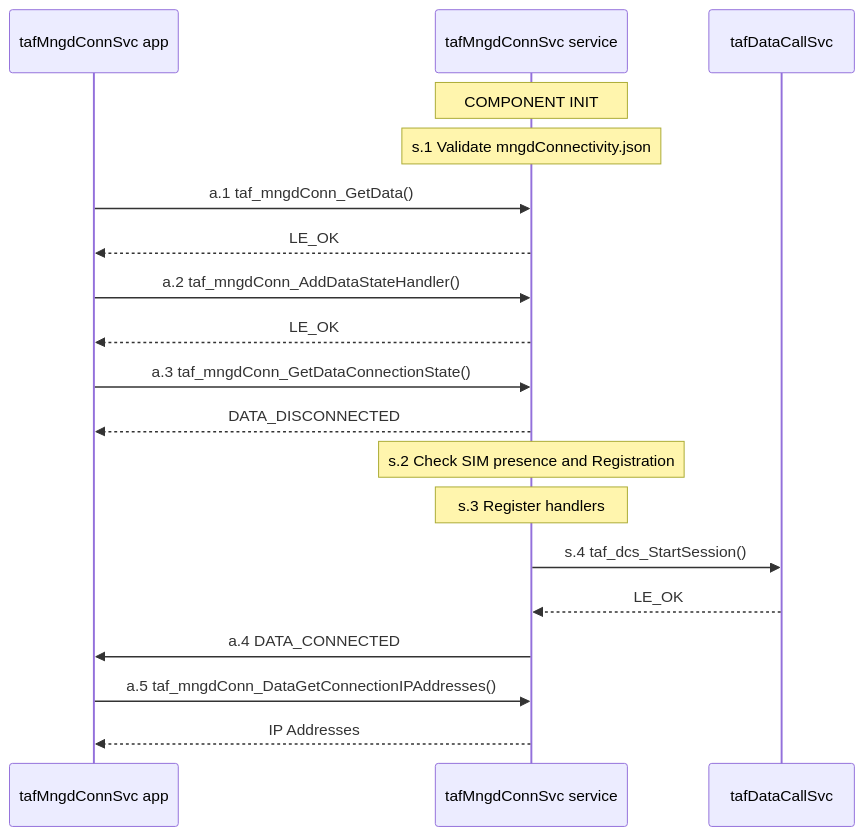
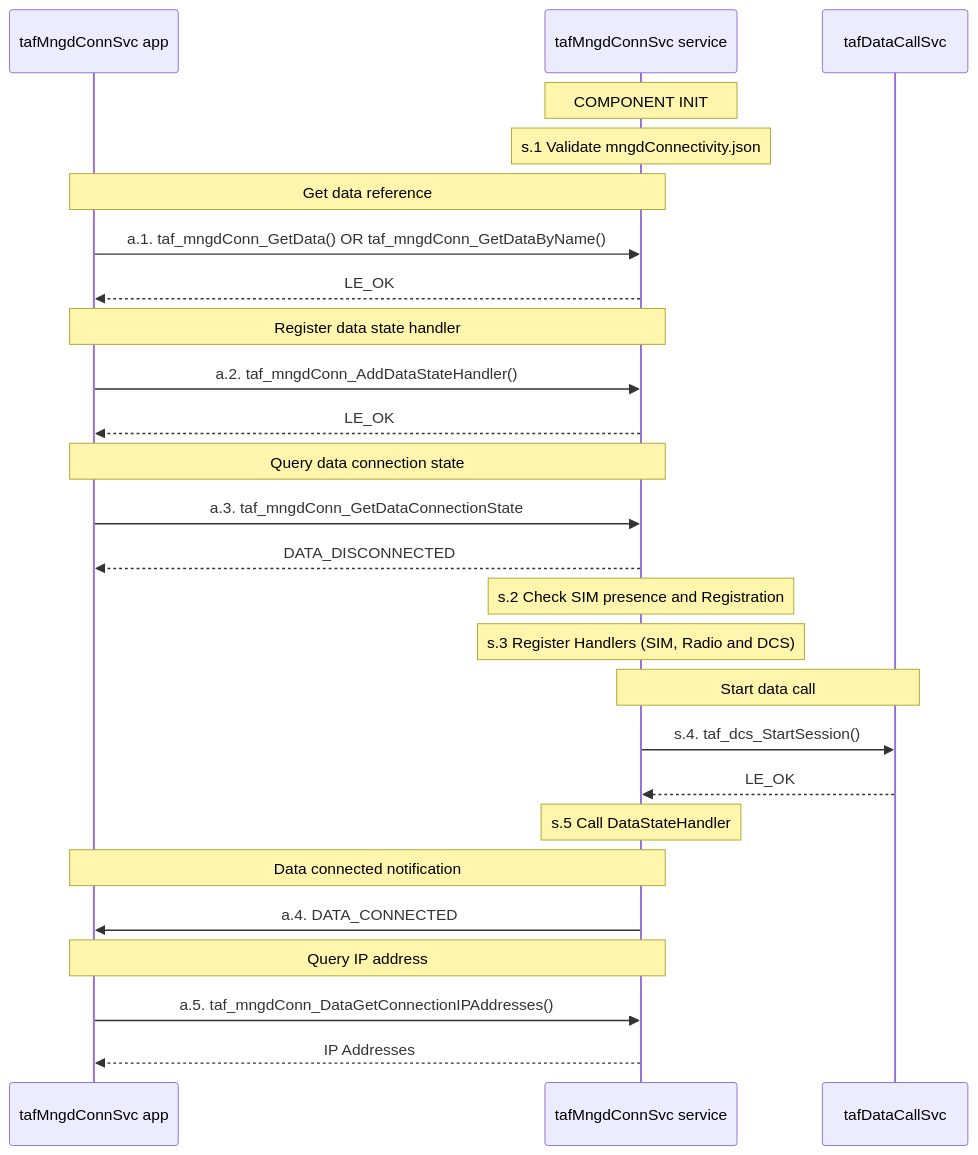
The first of 2 diagrams in doc/rst/mngdConn.rst (CodeLinaro-mirror/le_platform_TelAF), drawn with Mermaid before and after one commit. The commit also changed other lines of this file and 6 other files, not shown here.

Commit message:
doc: Add Mermaid call flow diagrams for managed services

```diff
--- a/doc/rst/mngdConn.rst
+++ b/doc/rst/mngdConn.rst
@@ -11,30 +11,38 @@
 .. mermaid::
 
-   sequenceDiagram
-       participant App as tafMngdConnSvc app
-       participant Svc as tafMngdConnSvc service
-       participant DCS as tafDataCallSvc
+     sequenceDiagram
+         participant App as tafMngdConnSvc app
+         participant Svc as tafMngdConnSvc service
+         participant DCS as tafDataCallSvc
 
-       Note over Svc: COMPONENT INIT
+         Note over Svc: COMPONENT INIT
 
-       Note over Svc: s.1 Validate mngdConnectivity.json
+         Note over Svc: s.1 Validate mngdConnectivity.json
 
-       App->>Svc: a.1 taf_mngdConn_GetData()
-       Svc-->>App: LE_OK
+         Note over App,Svc: Get data reference
+         App->>Svc: a.1. taf_mngdConn_GetData() OR taf_mngdConn_GetDataByName()
+         Svc-->>App: LE_OK
 
-       App->>Svc: a.2 taf_mngdConn_AddDataStateHandler()
-       Svc-->>App: LE_OK
+         Note over App,Svc: Register data state handler
+         App->>Svc: a.2. taf_mngdConn_AddDataStateHandler()
+         Svc-->>App: LE_OK
 
-       App->>Svc: a.3 taf_mngdConn_GetDataConnectionState()
-       Svc-->>App: DATA_DISCONNECTED
+         Note over App,Svc: Query data connection state
+         App->>Svc: a.3. taf_mngdConn_GetDataConnectionState
+         Svc-->>App: DATA_DISCONNECTED
 
-       Note over Svc: s.2 Check SIM presence and Registration
-       Note over Svc: s.3 Register handlers
+         Note over Svc: s.2 Check SIM presence and Registration
+         Note over Svc: s.3 Register Handlers (SIM, Radio and DCS)
 
-       Svc->>DCS: s.4 taf_dcs_StartSession()
-       DCS-->>Svc: LE_OK
+         Note over Svc,DCS: Start data call
+         Svc->>DCS: s.4. taf_dcs_StartSession()
+         DCS-->>Svc: LE_OK
 
-       Svc->>App: a.4 DATA_CONNECTED
+         Note over Svc: s.5 Call DataStateHandler
 
-       App->>Svc: a.5 taf_mngdConn_DataGetConnectionIPAddresses()
-       Svc-->>App: IP Addresses
+         Note over App,Svc: Data connected notification
+         Svc->>App: a.4. DATA_CONNECTED
+
+         Note over App,Svc: Query IP address
+         App->>Svc: a.5. taf_mngdConn_DataGetConnectionIPAddresses()
+         Svc-->>App: IP Addresses
```
